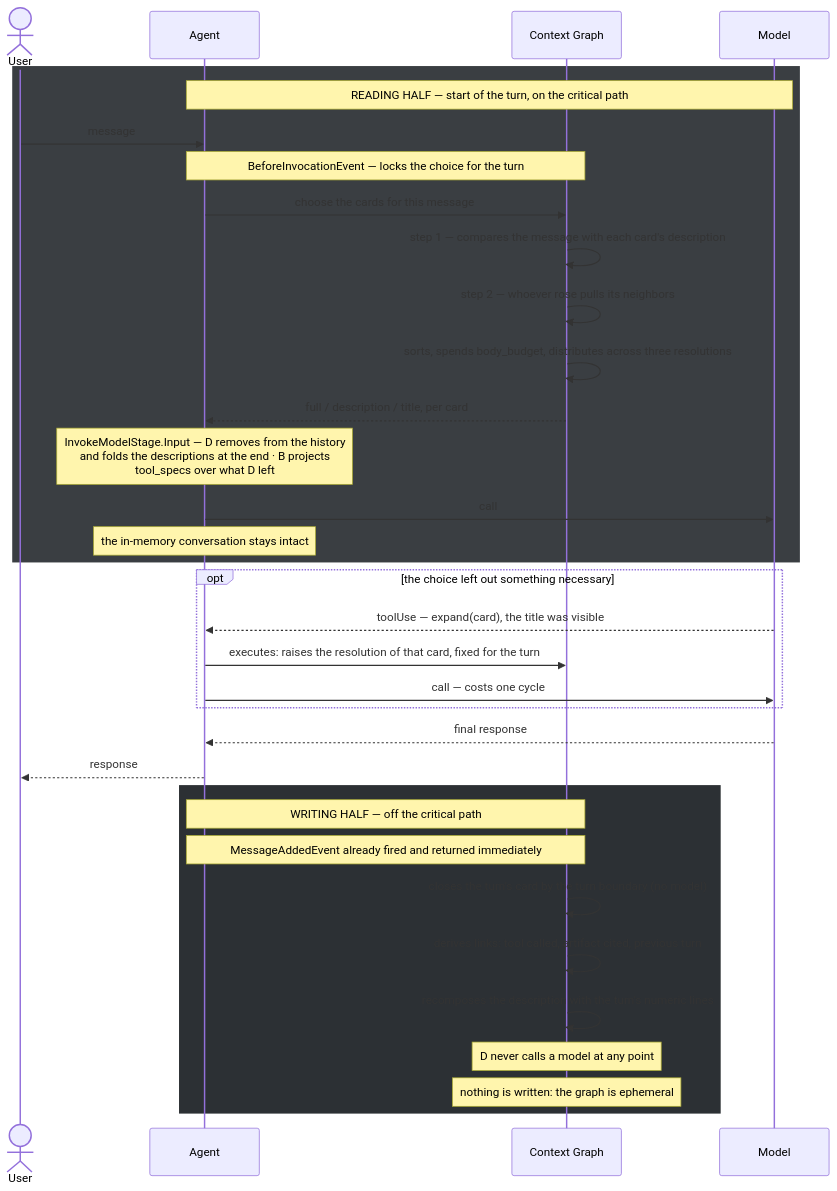
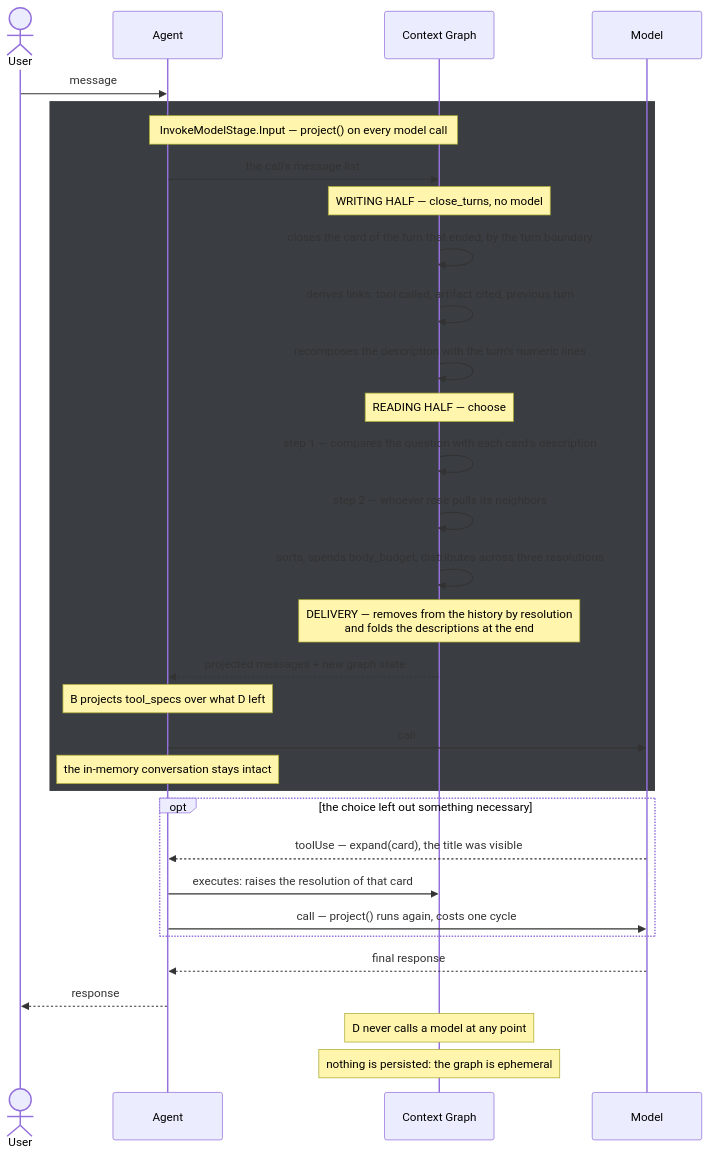
One commit to aws-samples/sample-context-engineering changed the first of 2 diagrams in docs/design/design-d-context-graph.md. Above: the diagram before and after it, drawn with Mermaid. The commit also changed other lines of this file and 22 other files, not shown here.

````diff
--- a/docs/design/design-d-context-graph.md
+++ b/docs/design/design-d-context-graph.md
@@ -624,40 +627,37 @@
 ```mermaid
 sequenceDiagram
     actor U as User
     participant AG as Agent
     participant G as Context Graph
     participant M as Model
 
+    U->>AG: message
     rect rgb(58, 62, 66)
-    Note over AG,M: READING HALF — start of the turn, on the critical path
-    U->>AG: message
-    Note over AG,G: BeforeInvocationEvent — locks the choice for the turn
-    AG->>G: choose the cards for this message
-    G->>G: step 1 — compares the message with each card's description
+    Note over AG,G: InvokeModelStage.Input — project() on every model call
+    AG->>G: the call's message list
+    Note over G: WRITING HALF — close_turns, no model
+    G->>G: closes the card of the turn that ended, by the turn boundary
+    G->>G: derives links: tool called, artifact cited, previous turn
+    G->>G: recomposes the description with the turn's numeric lines
+    Note over G: READING HALF — choose
+    G->>G: step 1 — compares the question with each card's description
     G->>G: step 2 — whoever rose pulls its neighbors
     G->>G: sorts, spends body_budget, distributes across three resolutions
-    G-->>AG: full / description / title, per card
-    Note over AG: InvokeModelStage.Input — D removes from the history<br/>and folds the descriptions at the end · B projects<br/>tool_specs over what D left
+    Note over G: DELIVERY — removes from the history by resolution<br/>and folds the descriptions at the end
+    G-->>AG: projected messages + new graph state
+    Note over AG: B projects tool_specs over what D left
     AG->>M: call
     Note over AG: the in-memory conversation stays intact
     end
 
     opt the choice left out something necessary
         M-->>AG: toolUse — expand(card), the title was visible
-        AG->>G: executes: raises the resolution of that card, fixed for the turn
-        AG->>M: call — costs one cycle
+        AG->>G: executes: raises the resolution of that card
+        AG->>M: call — project() runs again, costs one cycle
     end
 
     M-->>AG: final response
     AG-->>U: response
-
-    rect rgb(44, 48, 52)
-    Note over AG,G: WRITING HALF — off the critical path
-    Note over AG,G: MessageAddedEvent already fired and returned immediately
-    G->>G: closes the turn's card by the turn boundary (no model)
-    G->>G: derives links: tool called, artifact cited, previous turn
-    G->>G: recomposes the description with the turn's numeric lines
     Note over G: D never calls a model at any point
-    Note over G: nothing is written: the graph is ephemeral
-    end
+    Note over G: nothing is persisted: the graph is ephemeral
 ```
````
